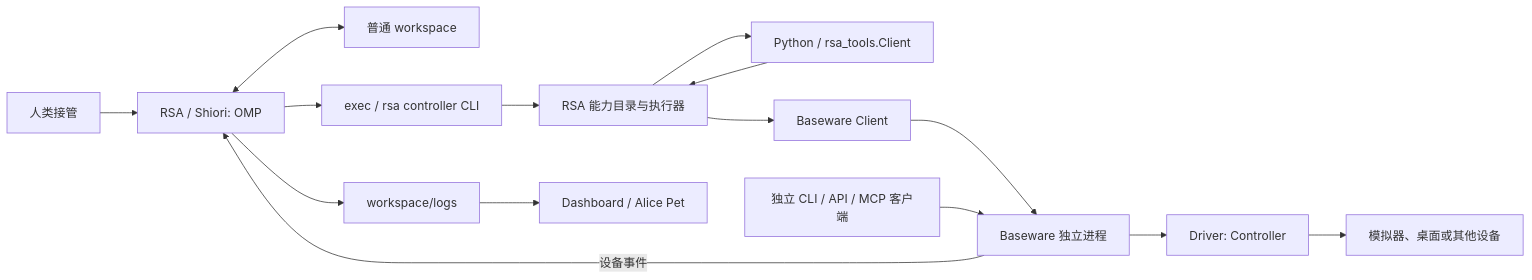
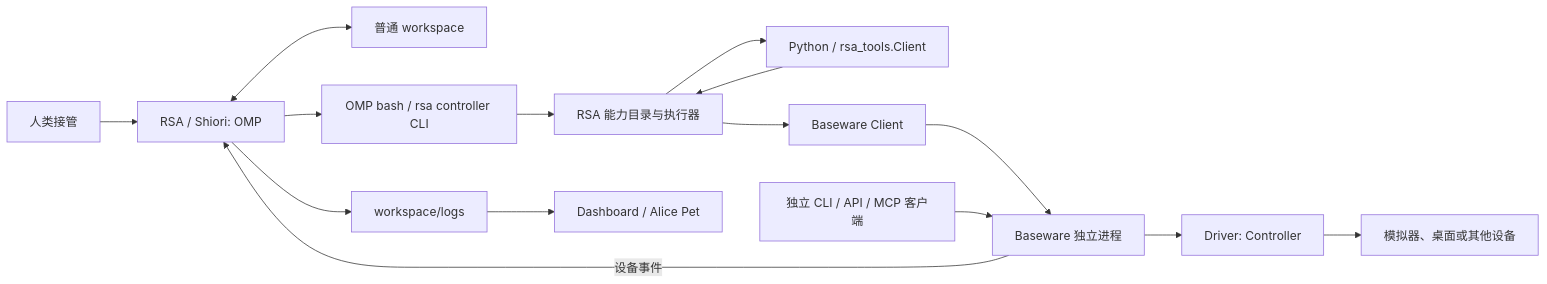
One commit to luokerenx4/Ludens-alpha changed the diagram in rsa/docs/architecture.md. Above: the diagram before and after it, drawn with Mermaid. The commit also changed other lines of this file and 28 other files, not shown here.

Commit message:
refactor(rsa): use native OMP bash and background management

````diff
--- a/rsa/docs/architecture.md
+++ b/rsa/docs/architecture.md
@@ -7,17 +7,17 @@
 ```mermaid
 flowchart LR
     H[人类接管] --> R[RSA / Shiori: OMP]
     R <--> W[普通 workspace]
-    R --> S[exec / rsa controller CLI]
+    R --> S[OMP bash / rsa controller CLI]
     S --> F[RSA 能力目录与执行器]
     P[Python / rsa_tools.Client] --> F
     F --> P
     F --> C[Baseware Client]
     C --> B[Baseware 独立进程]
     M[独立 CLI / API / MCP 客户端] --> B
     B --> D[Driver: Controller]
     D --> E[模拟器、桌面或其他设备]
     B -->|设备事件| R
     R --> L[workspace/logs]
     L --> V[Dashboard / Alice Pet]
 ```
````
